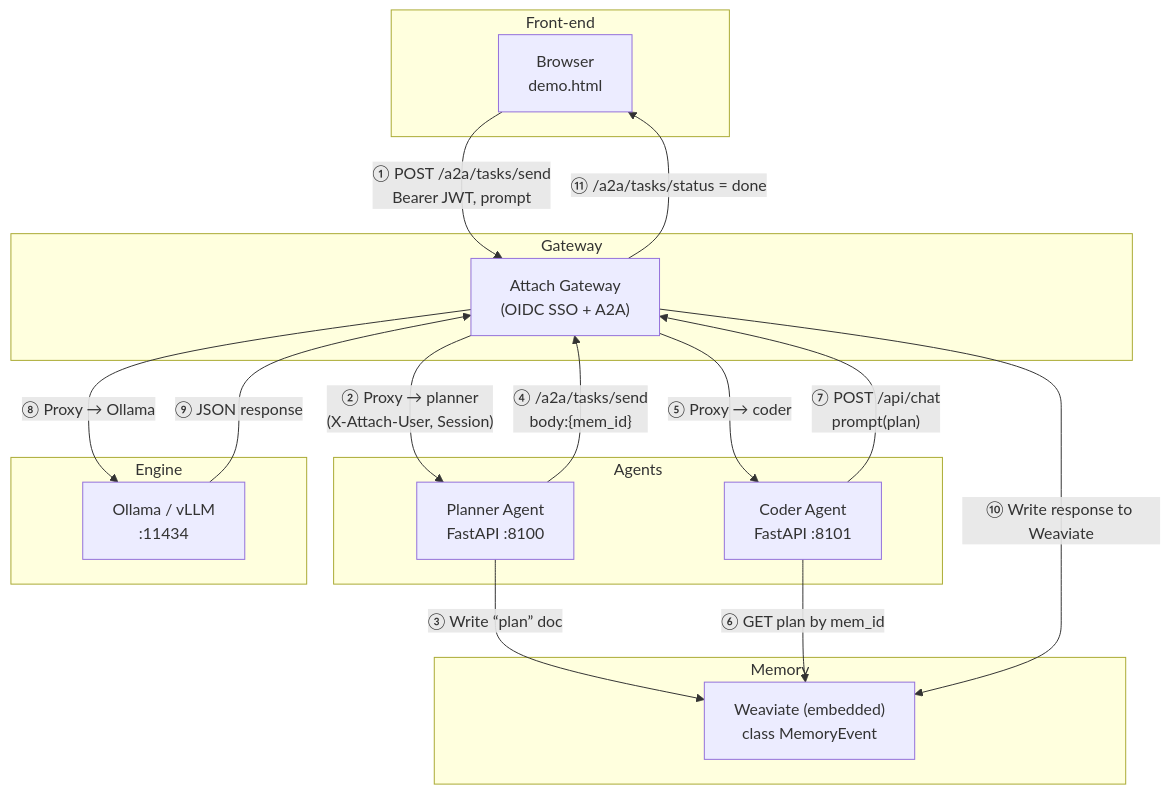
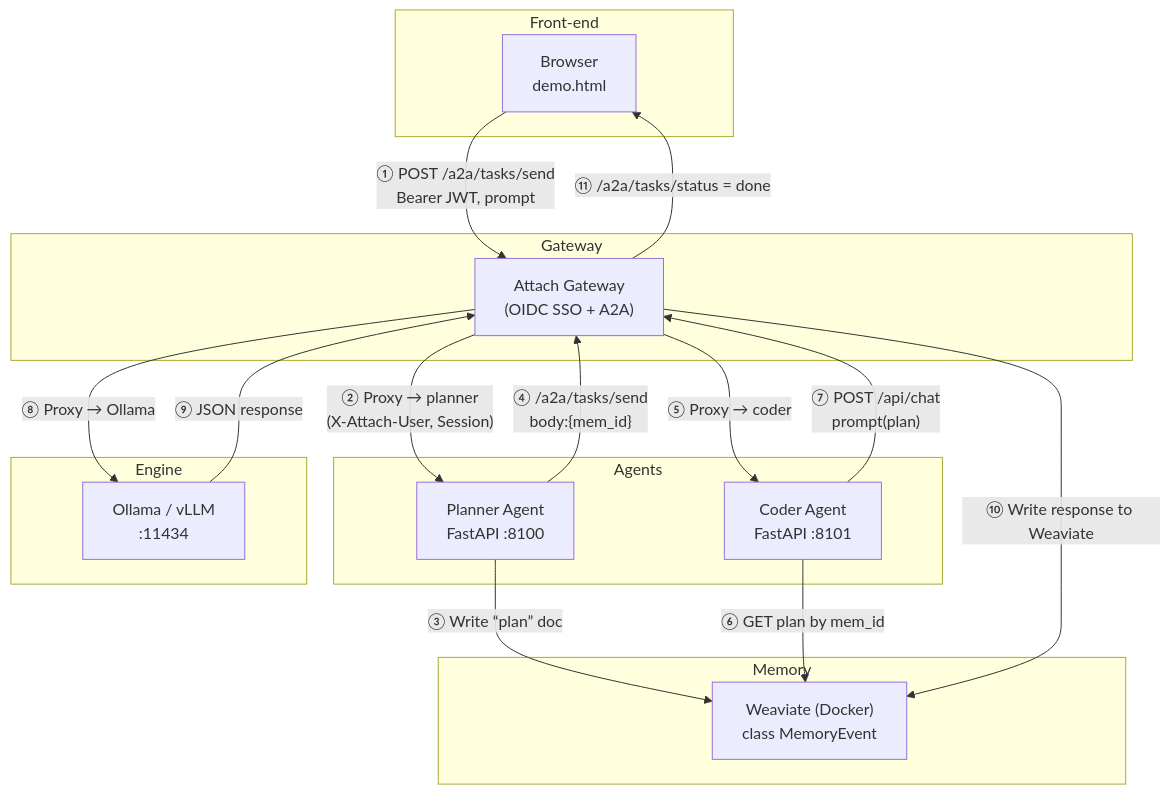
One commit to attach-dev/attach-gateway changed the diagram in README.md. Above: the diagram before and after it, drawn with Mermaid. The commit also changed other lines of this file and 7 other files, not shown here.

````diff
--- a/README.md
+++ b/README.md
@@ -66,46 +65,46 @@
 ```mermaid
 flowchart TD
     %%────────────────────────────────
     %%  COMPONENTS
     %%────────────────────────────────
     subgraph Front-end
         UI["Browser<br/> demo.html"]
     end
 
     subgraph Gateway
         GW["Attach Gateway<br/> (OIDC SSO + A2A)"]
     end
 
     subgraph Agents
         PL["Planner Agent<br/>FastAPI :8100"]
         CD["Coder Agent<br/>FastAPI :8101"]
     end
 
     subgraph Memory
-        WV["Weaviate (embedded)\nclass MemoryEvent"]
+        WV["Weaviate (Docker)\nclass MemoryEvent"]
     end
 
     subgraph Engine
         OL["Ollama / vLLM<br/>:11434"]
     end
 
     %%────────────────────────────────
     %%  USER FLOW
     %%────────────────────────────────
     UI -- ① POST /a2a/tasks/send<br/>Bearer JWT, prompt --> GW
 
     %%─ Planner hop
     GW -- ② Proxy → planner<br/>(X-Attach-User, Session) --> PL
     PL -- ③ Write “plan” doc --> WV
     PL -- ④ /a2a/tasks/send\nbody:{mem_id} --> GW
 
     %%─ Coder hop
     GW -- ⑤ Proxy → coder --> CD
     CD -- ⑥ GET plan by mem_id --> WV
     CD -- ⑦ POST /api/chat\nprompt(plan) --> GW
     GW -- ⑧ Proxy → Ollama --> OL
     OL -- ⑨ JSON response --> GW
     GW -- ⑩ Write response to Weaviate --> WV
     GW -- ⑪ /a2a/tasks/status = done --> UI
 
 ```
````
